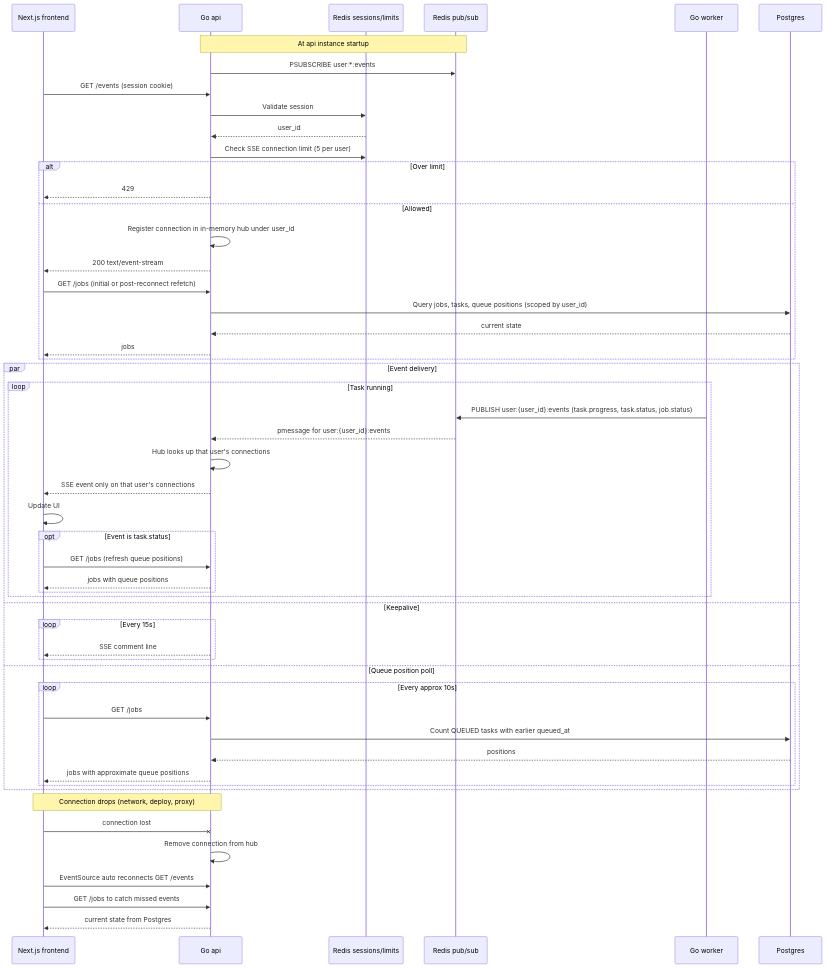
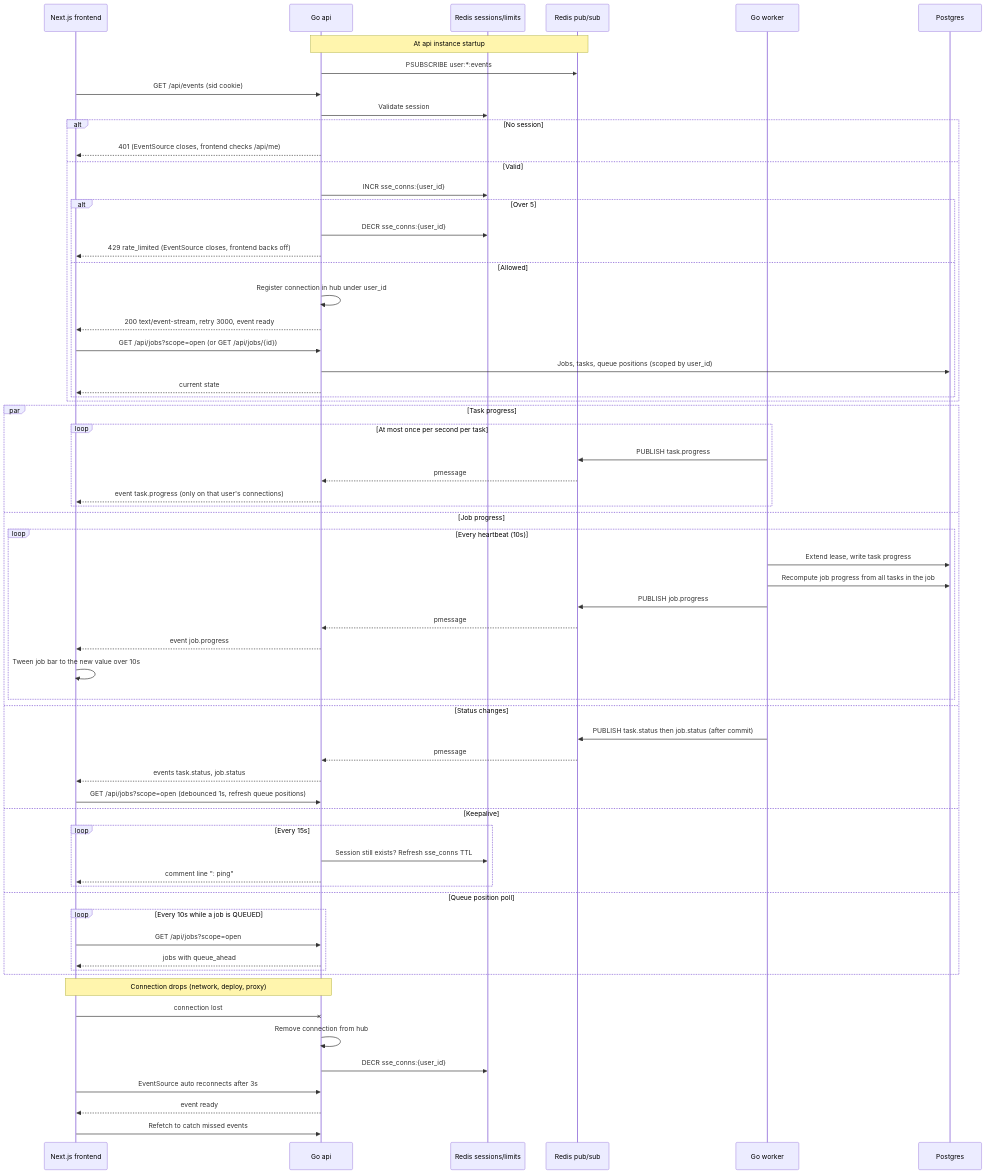
Before and after one commit to MardonBa/transcoding-job-scheduler: the diagram in docs/diagrams/sequence/05-progress-sse.md, drawn with Mermaid. The commit also changed other lines of this file and 31 other files, not shown here.

````diff
--- a/docs/diagrams/sequence/05-progress-sse.md
+++ b/docs/diagrams/sequence/05-progress-sse.md
@@ -5,59 +5,70 @@
 ```mermaid
 sequenceDiagram
     participant Browser as Next.js frontend
     participant API as Go api
     participant RKV as Redis sessions/limits
     participant RPubSub as Redis pub/sub
     participant Worker as Go worker
     participant PG as Postgres
 
     Note over API,RPubSub: At api instance startup
     API->>RPubSub: PSUBSCRIBE user:*:events
 
-    Browser->>API: GET /events (session cookie)
+    Browser->>API: GET /api/events (sid cookie)
     API->>RKV: Validate session
-    RKV-->>API: user_id
-    API->>RKV: Check SSE connection limit (5 per user)
-    alt Over limit
-        API-->>Browser: 429
-    else Allowed
-        API->>API: Register connection in in-memory hub under user_id
-        API-->>Browser: 200 text/event-stream
-        Browser->>API: GET /jobs (initial or post-reconnect refetch)
-        API->>PG: Query jobs, tasks, queue positions (scoped by user_id)
-        PG-->>API: current state
-        API-->>Browser: jobs
+    alt No session
+        API-->>Browser: 401 (EventSource closes, frontend checks /api/me)
+    else Valid
+        API->>RKV: INCR sse_conns:{user_id}
+        alt Over 5
+            API->>RKV: DECR sse_conns:{user_id}
+            API-->>Browser: 429 rate_limited (EventSource closes, frontend backs off)
+        else Allowed
+            API->>API: Register connection in hub under user_id
+            API-->>Browser: 200 text/event-stream, retry 3000, event ready
+            Browser->>API: GET /api/jobs?scope=open (or GET /api/jobs/{id})
+            API->>PG: Jobs, tasks, queue positions (scoped by user_id)
+            API-->>Browser: current state
+        end
     end
 
-    par Event delivery
-        loop Task running
-            Worker->>RPubSub: PUBLISH user:{user_id}:events (task.progress, task.status, job.status)
-            RPubSub-->>API: pmessage for user:{user_id}:events
-            API->>API: Hub looks up that user's connections
-            API-->>Browser: SSE event only on that user's connections
-            Browser->>Browser: Update UI
-            opt Event is task.status
-                Browser->>API: GET /jobs (refresh queue positions)
-                API-->>Browser: jobs with queue positions
-            end
+    par Task progress
+        loop At most once per second per task
+            Worker->>RPubSub: PUBLISH task.progress
+            RPubSub-->>API: pmessage
+            API-->>Browser: event task.progress (only on that user's connections)
         end
+    and Job progress
+        loop Every heartbeat (10s)
+            Worker->>PG: Extend lease, write task progress
+            Worker->>PG: Recompute job progress from all tasks in the job
+            Worker->>RPubSub: PUBLISH job.progress
+            RPubSub-->>API: pmessage
+            API-->>Browser: event job.progress
+            Browser->>Browser: Tween job bar to the new value over 10s
+        end
+    and Status changes
+        Worker->>RPubSub: PUBLISH task.status then job.status (after commit)
+        RPubSub-->>API: pmessage
+        API-->>Browser: events task.status, job.status
+        Browser->>API: GET /api/jobs?scope=open (debounced 1s, refresh queue positions)
     and Keepalive
         loop Every 15s
-            API-->>Browser: SSE comment line
+            API->>RKV: Session still exists? Refresh sse_conns TTL
+            API-->>Browser: comment line ": ping"
         end
     and Queue position poll
-        loop Every approx 10s
-            Browser->>API: GET /jobs
-            API->>PG: Count QUEUED tasks with earlier queued_at
-            PG-->>API: positions
-            API-->>Browser: jobs with approximate queue positions
+        loop Every 10s while a job is QUEUED
+            Browser->>API: GET /api/jobs?scope=open
+            API-->>Browser: jobs with queue_ahead
         end
     end
 
     Note over Browser,API: Connection drops (network, deploy, proxy)
     Browser-xAPI: connection lost
     API->>API: Remove connection from hub
-    Browser->>API: EventSource auto reconnects GET /events
-    Browser->>API: GET /jobs to catch missed events
-    API-->>Browser: current state from Postgres
+    API->>RKV: DECR sse_conns:{user_id}
+    Browser->>API: EventSource auto reconnects after 3s
+    API-->>Browser: event ready
+    Browser->>API: Refetch to catch missed events
 ```
````
